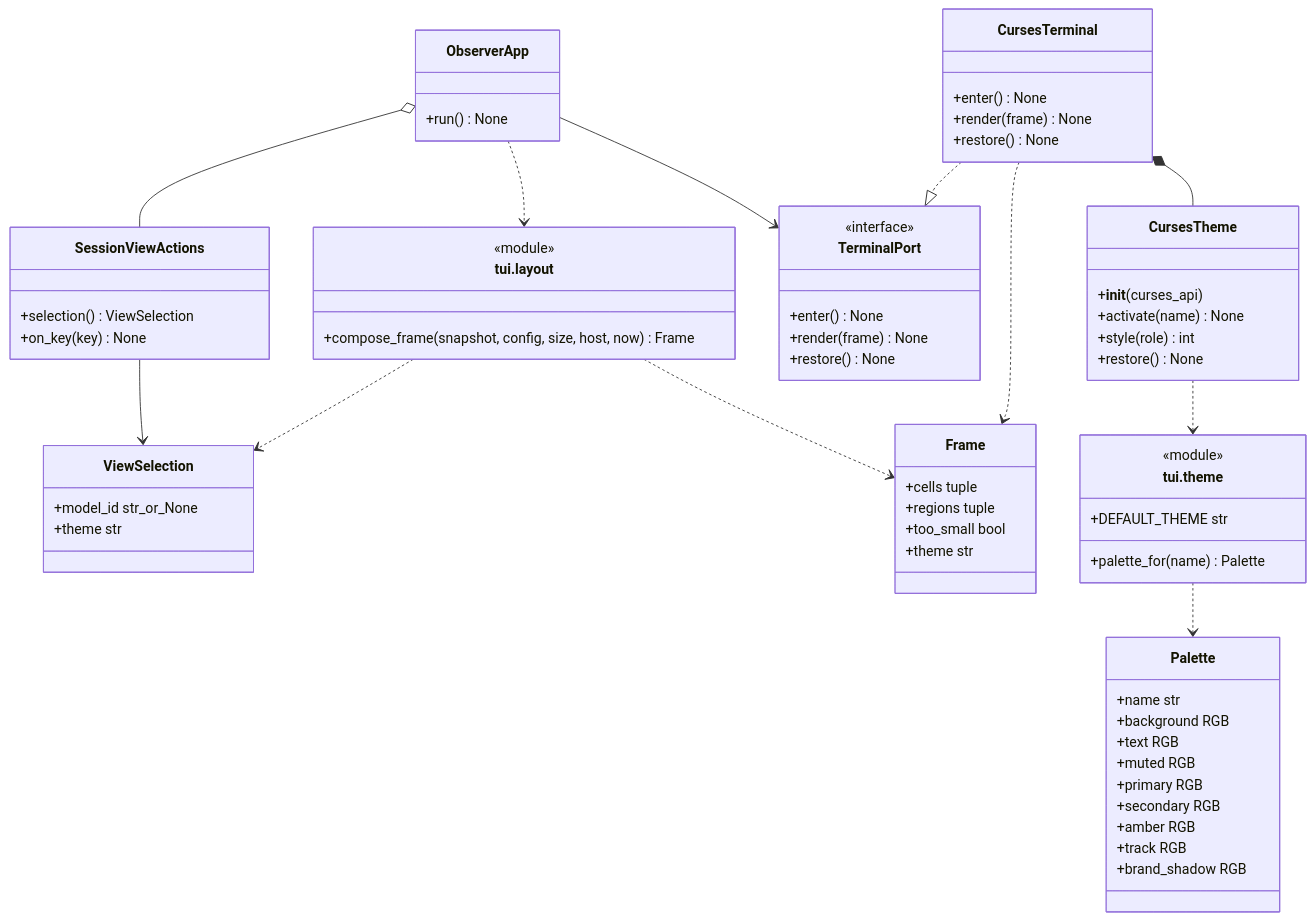
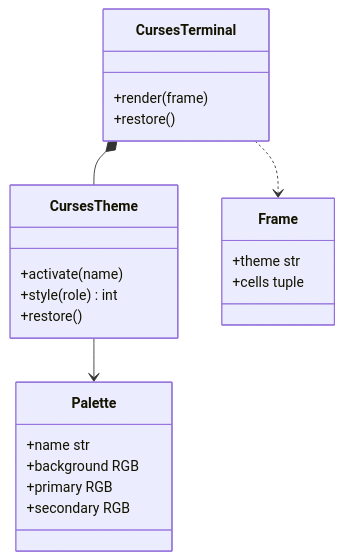
One commit to shawnluxyRE/joi-observer changed the first of 2 diagrams in docs/design/theme.md. Above: the diagram before and after it, drawn with Mermaid. The commit also changed other lines of this file and 110 other files, not shown here.

First line of the commit message:
<feat> Run host collection as a service and stream snapshots to the TUI (REQ-001)

````diff
--- a/docs/design/theme.md
+++ b/docs/design/theme.md
@@ -19,68 +31,25 @@
 ```mermaid
 classDiagram
-    class ViewSelection {
-        +model_id str_or_None
-        +theme str
+    class CursesTerminal {
+        +render(frame)
+        +restore()
     }
-    class SessionViewActions {
-        +selection() ViewSelection
-        +on_key(key) None
-    }
-    class Frame {
-        +cells tuple
-        +regions tuple
-        +too_small bool
-        +theme str
-    }
-    class Layout["tui.layout"] {
-        <<module>>
-        +compose_frame(snapshot, config, size, host, now) Frame
-    }
-    class ObserverApp {
-        +run() None
-    }
-    class TerminalPort {
-        <<interface>>
-        +enter() None
-        +render(frame) None
-        +restore() None
-    }
-    class CursesTerminal {
-        +enter() None
-        +render(frame) None
-        +restore() None
+    class CursesTheme {
+        +activate(name)
+        +style(role) int
+        +restore()
     }
     class Palette {
         +name str
         +background RGB
-        +text RGB
-        +muted RGB
         +primary RGB
         +secondary RGB
-        +amber RGB
-        +track RGB
-        +brand_shadow RGB
     }
-    class Theme["tui.theme"] {
-        <<module>>
-        +DEFAULT_THEME str
-        +palette_for(name) Palette
+    class Frame {
+        +theme str
+        +cells tuple
     }
-    class CursesTheme {
-        +__init__(curses_api)
-        +activate(name) None
-        +style(role) int
-        +restore() None
-    }
-    ObserverApp o-- SessionViewActions
-    ObserverApp --> TerminalPort
-    ObserverApp ..> Layout
-    SessionViewActions --> ViewSelection
-    Layout ..> ViewSelection
-    Layout ..> Frame
-    CursesTerminal ..|> TerminalPort
     CursesTerminal *-- CursesTheme
     CursesTerminal ..> Frame
-    CursesTheme ..> Theme
-    Theme ..> Palette
+    CursesTheme --> Palette
 ```
````
